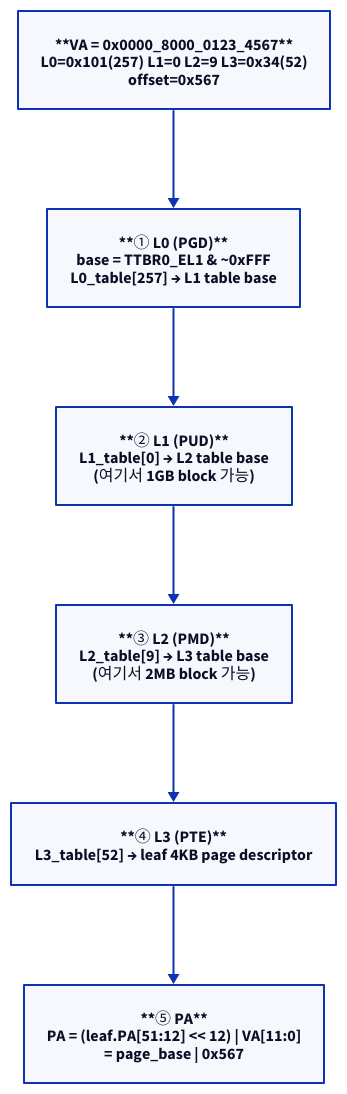
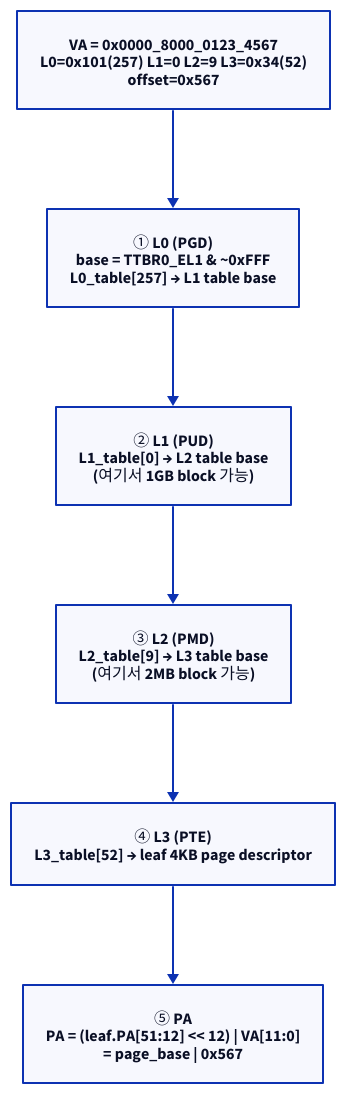
One commit to humbleowl39/DV_SKOOL changed the second of 2 diagrams in starlight_site/src/content/docs/cpu_arm/05_mmu_translation.md. Above: the diagram before and after it, drawn with D2. The commit also changed other lines of this file and 714 other files, not shown here.

First line of the commit message:
fix(site): d2 다이어그램 가독성 결함 6종 일괄 수정

````diff
--- a/starlight_site/src/content/docs/cpu_arm/05_mmu_translation.md
+++ b/starlight_site/src/content/docs/cpu_arm/05_mmu_translation.md
@@ -86,11 +86,11 @@
 ```d2
 direction: down
 
-S0: "**VA = 0x0000_8000_0123_4567**\nL0=0x101(257) L1=0 L2=9 L3=0x34(52)\noffset=0x567"
-S1: "**① L0 (PGD)**\nbase = TTBR0_EL1 & ~0xFFF\nL0_table[257] → L1 table base"
-S2: "**② L1 (PUD)**\nL1_table[0] → L2 table base\n(여기서 1GB block 가능)"
-S3: "**③ L2 (PMD)**\nL2_table[9] → L3 table base\n(여기서 2MB block 가능)"
-S4: "**④ L3 (PTE)**\nL3_table[52] → leaf 4KB page descriptor"
-S5: "**⑤ PA**\nPA = (leaf.PA[51:12] << 12) | VA[11:0]\n= page_base | 0x567"
+S0: "VA = 0x0000_8000_0123_4567\nL0=0x101(257) L1=0 L2=9 L3=0x34(52)\noffset=0x567"
+S1: "① L0 (PGD)\nbase = TTBR0_EL1 & ~0xFFF\nL0_table[257] → L1 table base"
+S2: "② L1 (PUD)\nL1_table[0] → L2 table base\n(여기서 1GB block 가능)"
+S3: "③ L2 (PMD)\nL2_table[9] → L3 table base\n(여기서 2MB block 가능)"
+S4: "④ L3 (PTE)\nL3_table[52] → leaf 4KB page descriptor"
+S5: "⑤ PA\nPA = (leaf.PA[51:12] << 12) | VA[11:0]\n= page_base | 0x567"
 S0 -> S1 -> S2 -> S3 -> S4 -> S5
 ```
````
